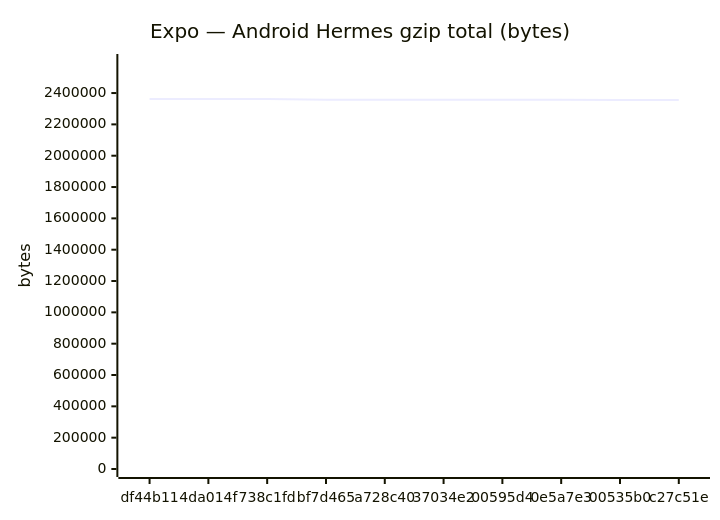
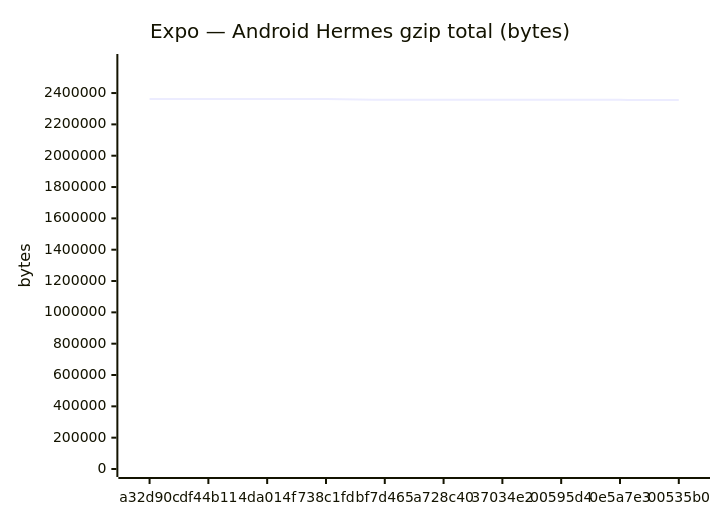
The seventh of 24 diagrams in benchmarks/compare.md (Metaheurist/Rianell), drawn with Mermaid before and after one commit. The commit also changed other lines of this file and 12 other files, not shown here.

````diff
--- a/benchmarks/compare.md
+++ b/benchmarks/compare.md
@@ -116,7 +116,7 @@
 ```mermaid
 xychart-beta
     title "Expo — Android Hermes gzip total (bytes)"
-    x-axis ["df44b11", "4da014f", "738c1fd", "bf7d465", "a728c40", "37034e2", "00595d4", "0e5a7e3", "00535b0", "c27c51e"]
+    x-axis ["a32d90c", "df44b11", "4da014f", "738c1fd", "bf7d465", "a728c40", "37034e2", "00595d4", "0e5a7e3", "00535b0"]
     y-axis "bytes" 0 --> 2598253
-    line [2362047, 2362048, 2362047, 2356686, 2356685, 2356472, 2356474, 2356472, 2356301, 2356304]
+    line [2362047, 2362047, 2362048, 2362047, 2356686, 2356685, 2356472, 2356474, 2356472, 2356301]
 ```
````
